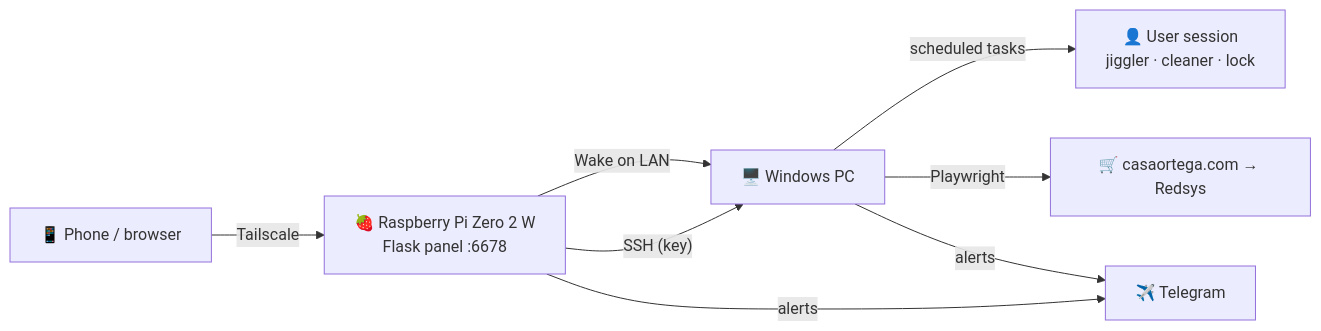
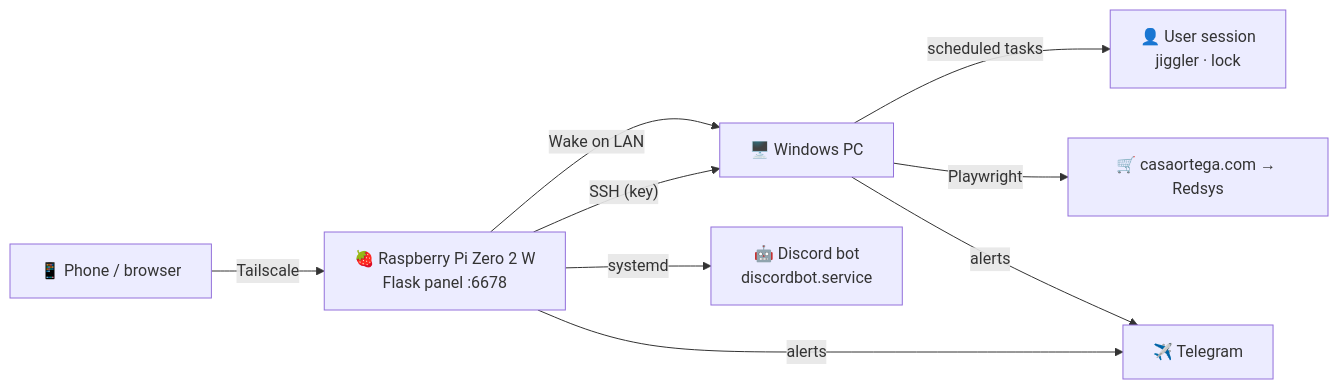
Before and after one commit to Ren0X1/ZeroDesk: the diagram in README.md, drawn with Mermaid. The commit also changed other lines of this file and 14 other files, not shown here.

First line of the commit message:
major: el bot de Discord se maneja desde ZeroDesk y rediseño Bento

````diff
--- a/README.md
+++ b/README.md
@@ -82,10 +89,11 @@
 ```mermaid
 flowchart LR
     phone["📱 Phone / browser"] -- Tailscale --> pi["🍓 Raspberry Pi Zero 2 W<br/>Flask panel :6678"]
     pi -- "Wake on LAN" --> pc["🖥️ Windows PC"]
     pi -- "SSH (key)" --> pc
-    pc -- "scheduled tasks" --> desk["👤 User session<br/>jiggler · cleaner · lock"]
+    pc -- "scheduled tasks" --> desk["👤 User session<br/>jiggler · lock"]
     pc -- "Playwright" --> shop["🛒 casaortega.com → Redsys"]
+    pi -- "systemd" --> bot["🤖 Discord bot<br/>discordbot.service"]
     pi -- alerts --> tg["✈️ Telegram"]
     pc -- alerts --> tg
 ```
````
